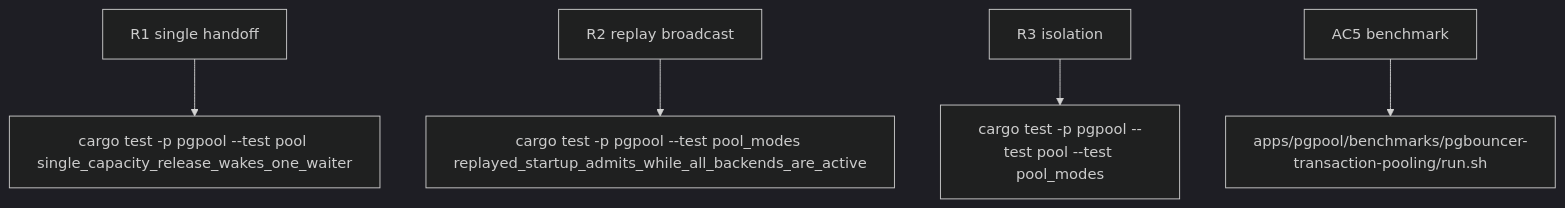
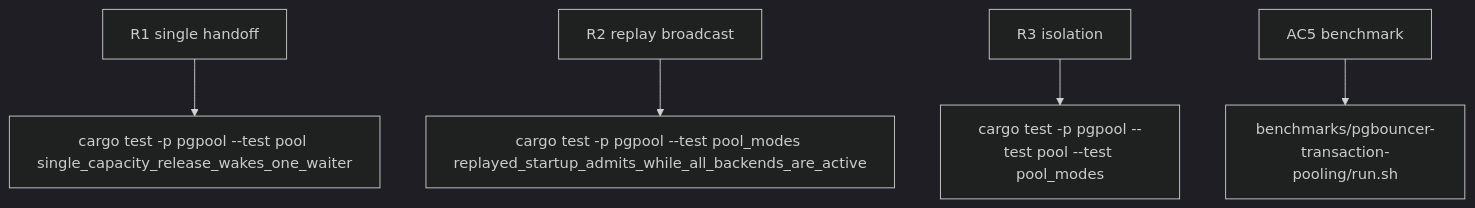
One commit to faberline/pgpool changed the second of 2 diagrams in tech-design/logic/p0-hand-off-one-backend-capacity-waiter-per-release.md. Above: the diagram before and after it, drawn with Mermaid (dark theme). The commit also changed other lines of this file and 120 other files, not shown here.

````diff
--- a/tech-design/logic/p0-hand-off-one-backend-capacity-waiter-per-release.md
+++ b/tech-design/logic/p0-hand-off-one-backend-capacity-waiter-per-release.md
@@ -77,35 +77,35 @@
 ```mermaid
 ---
 id: pgpool-single-capacity-handoff-verification
 requirements:
   benchmark:
     id: AC5
     text: "The immutable 64-client, 16-backend transaction-pooling benchmark has no client errors and is retained only after three valid unsampled release wins over PgBouncer."
     kind: e2e
     risk: high
-    verify: apps/pgpool/benchmarks/pgbouncer-transaction-pooling/run.sh
+    verify: benchmarks/pgbouncer-transaction-pooling/run.sh
   isolation:
     id: R3
     text: "Pool capacity, DISCARD ALL isolation, transaction reuse, and session mode behavior remain unchanged under concurrent transaction clients."
     kind: regression
     risk: high
     verify: cargo test -p pgpool --test pool --test pool_modes
   replay_broadcast:
     id: R2
     text: "Publishing a replay-safe startup response wakes every startup admission that must re-check the shared reply cache."
     kind: regression
     risk: high
     verify: cargo test -p pgpool --test pool_modes replayed_startup_admits_while_all_backends_are_active
   single_handoff:
     id: R1
     text: "One returned or freed backend capacity slot wakes one waiter, and successive releases eventually admit the remaining saturated waiters without exceeding the pool cap."
     kind: regression
     risk: high
     verify: cargo test -p pgpool --test pool single_capacity_release_wakes_one_waiter
 ---
 flowchart TD
     r1[R1 single handoff] --> cargo_test_p_pgpool_test_pool_single_capacity_release_wakes_one_waiter[cargo test -p pgpool --test pool single_capacity_release_wakes_one_waiter]
     r2[R2 replay broadcast] --> cargo_test_p_pgpool_test_pool_modes_replayed_startup_admits_while_all_backends_are_active[cargo test -p pgpool --test pool_modes replayed_startup_admits_while_all_backends_are_active]
     r3[R3 isolation] --> cargo_test_p_pgpool_test_pool_test_pool_modes[cargo test -p pgpool --test pool --test pool_modes]
-    ac5[AC5 benchmark] --> apps_pgpool_benchmarks_pgbouncer_transaction_pooling_run_sh[apps/pgpool/benchmarks/pgbouncer-transaction-pooling/run.sh]
+    ac5[AC5 benchmark] --> apps_pgpool_benchmarks_pgbouncer_transaction_pooling_run_sh[benchmarks/pgbouncer-transaction-pooling/run.sh]
 ```
````
